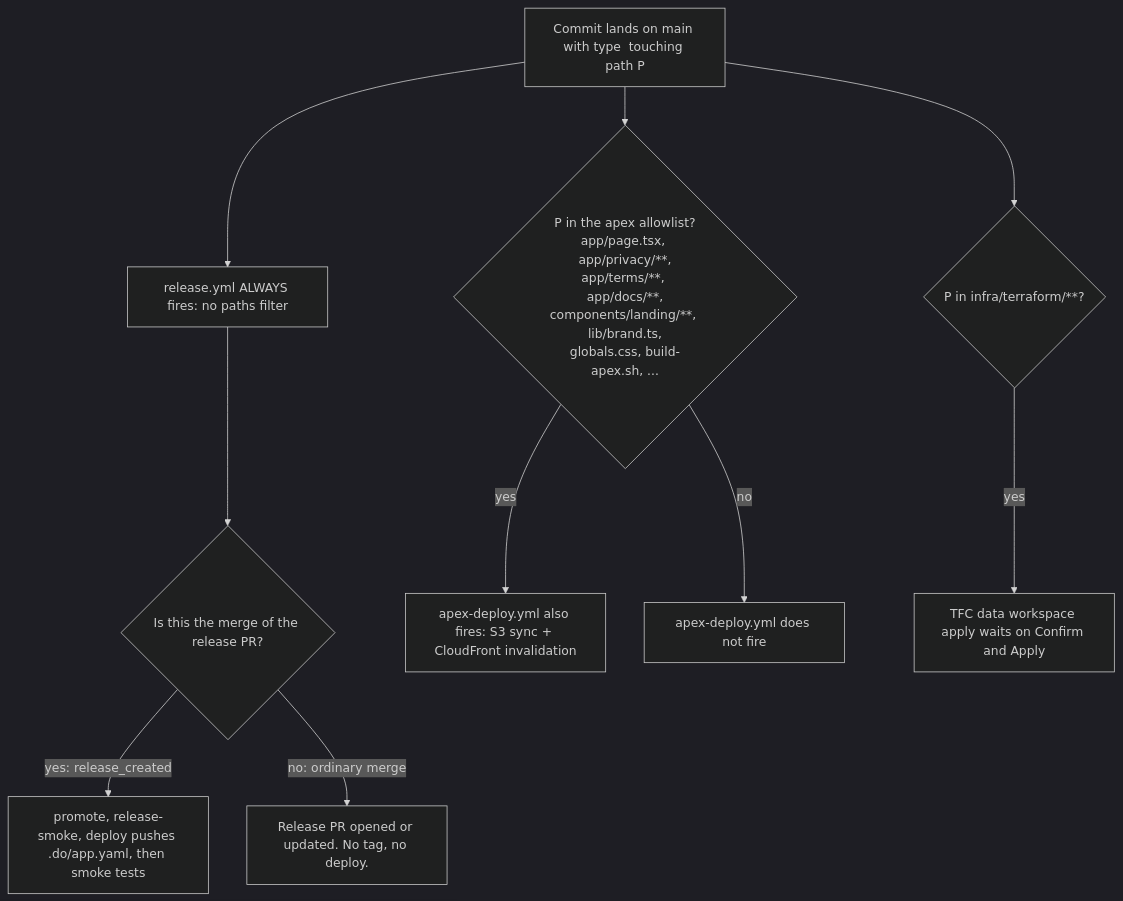
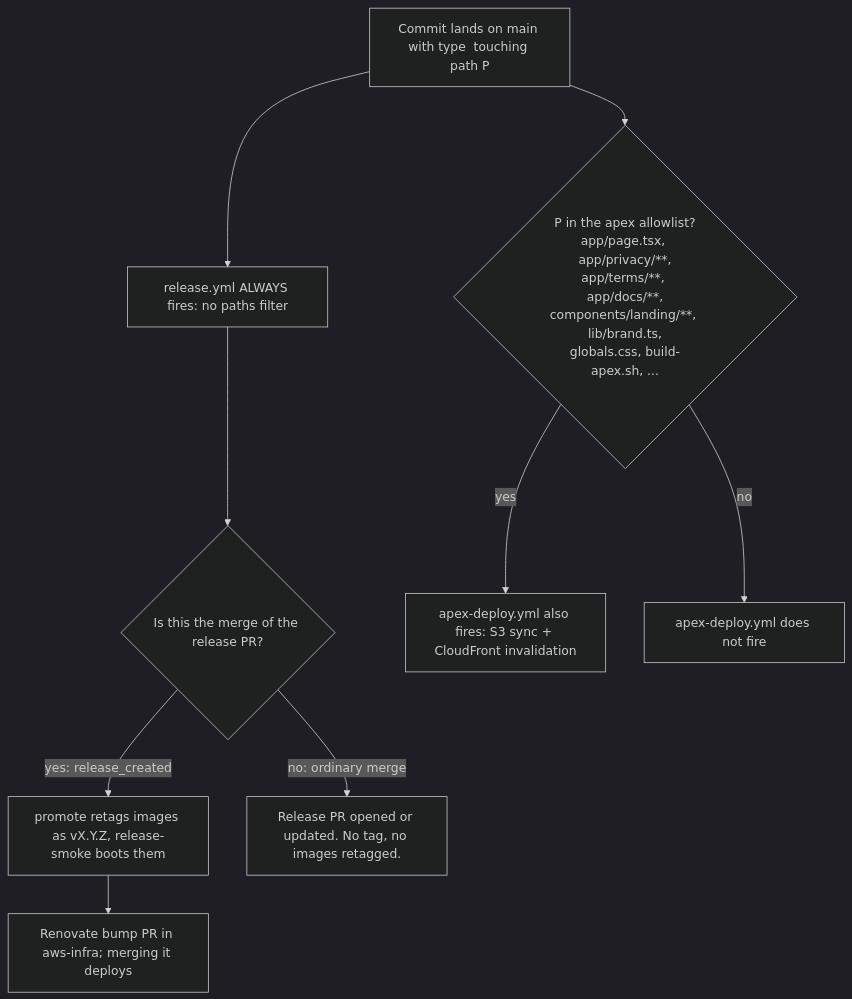
One commit to fjcloudaiconsulting/tbd changed the seventh of 7 diagrams in docs/operations/DEPLOYMENT.md. Above: the diagram before and after it, drawn with Mermaid (dark theme). The commit also changed other lines of this file and 102 other files, not shown here.

First line of the commit message:
chore(deploy): remove the DigitalOcean deploy path (INFRA-44)

````diff
--- a/docs/operations/DEPLOYMENT.md
+++ b/docs/operations/DEPLOYMENT.md
@@ -770,15 +508,13 @@
 ```mermaid
 flowchart TD
   start[Commit lands on main with type <type> touching path P]
   start --> rel[release.yml ALWAYS fires: no paths filter]
   rel --> semrel{Is this the merge of the release PR?}
-  semrel -- "yes: release_created" --> deploy[promote, release-smoke, deploy pushes .do/app.yaml, then smoke tests]
-  semrel -- "no: ordinary merge" --> noship[Release PR opened or updated. No tag, no deploy.]
+  semrel -- "yes: release_created" --> promote[promote retags images as vX.Y.Z, release-smoke boots them]
+  promote --> bump[Renovate bump PR in aws-infra; merging it deploys]
+  semrel -- "no: ordinary merge" --> noship[Release PR opened or updated. No tag, no images retagged.]
 
   start --> apexq{P in the apex allowlist?<br/>app/page.tsx, app/privacy/**,<br/>app/terms/**, app/docs/**,<br/>components/landing/**, lib/brand.ts,<br/>globals.css, build-apex.sh, ...}
   apexq -- yes --> apex[apex-deploy.yml also fires: S3 sync + CloudFront invalidation]
   apexq -- no --> apexno[apex-deploy.yml does not fire]
-
-  start --> tf2{P in infra/terraform/**?}
-  tf2 -- yes --> tfpfv[TFC data workspace apply waits on Confirm and Apply]
 ```
````
